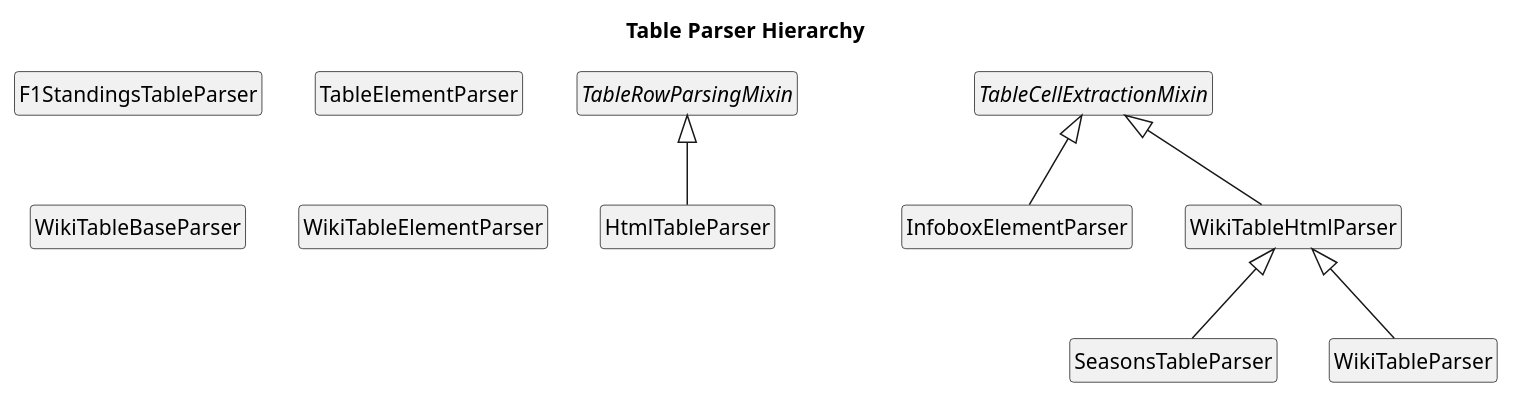
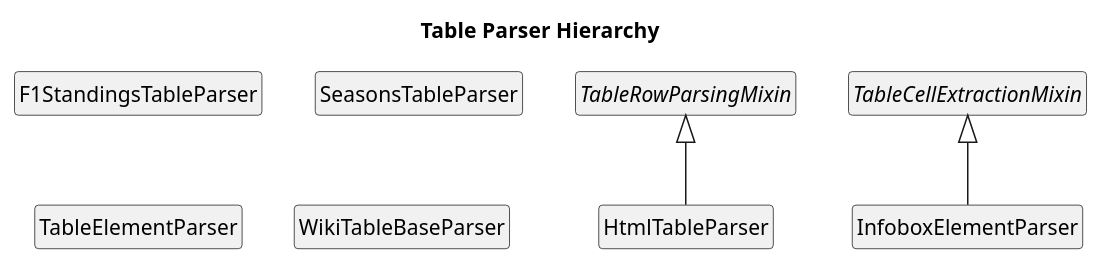
The diagram in docs/uml/inheritance/parsers/05_table_parsers.puml (bgembalczyk/F1), drawn with PlantUML before and after one commit. The commit also changed 17 other files, not shown here.

```diff
--- a/docs/uml/inheritance/parsers/05_table_parsers.puml
+++ b/docs/uml/inheritance/parsers/05_table_parsers.puml
@@ -1,25 +1,19 @@
 @startuml
 title Table Parser Hierarchy
 skinparam classAttributeIconSize 0
 hide empty members
 hide circle
 
 class F1StandingsTableParser
 class HtmlTableParser
 class InfoboxElementParser
 class SeasonsTableParser
 abstract class TableCellExtractionMixin
 class TableElementParser
 abstract class TableRowParsingMixin
 class WikiTableBaseParser
-class WikiTableElementParser
-class WikiTableHtmlParser
-class WikiTableParser
 
 TableRowParsingMixin <|-- HtmlTableParser
 TableCellExtractionMixin <|-- InfoboxElementParser
-WikiTableHtmlParser <|-- SeasonsTableParser
-TableCellExtractionMixin <|-- WikiTableHtmlParser
-WikiTableHtmlParser <|-- WikiTableParser
 
 @enduml
```
